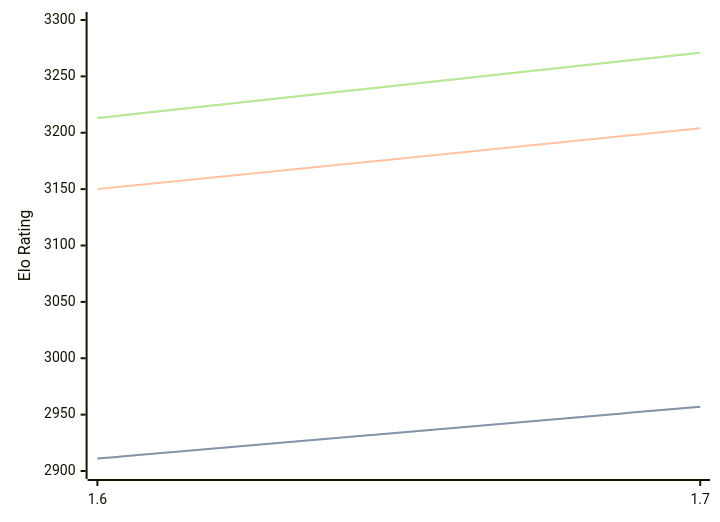
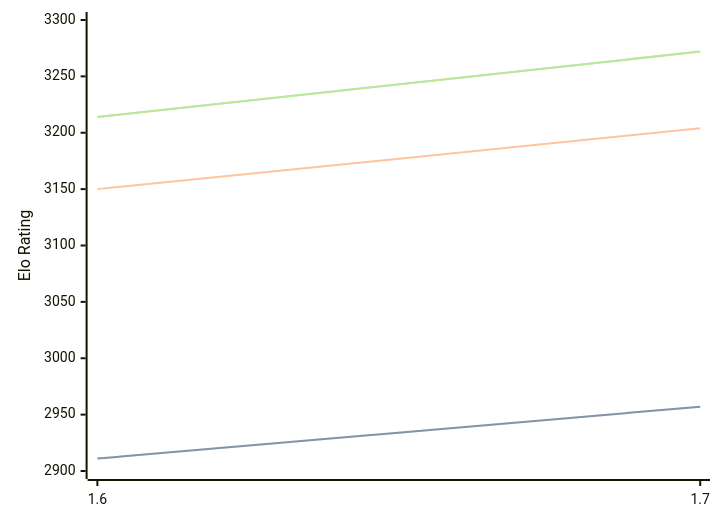
The diagram in engines/Bitbit.md (computer-chess-index/cci), drawn with Mermaid before and after one commit. The commit also changed other lines of this file, not shown here.

Commit message:
Update CCI Ratings (ELO VLTC) - 2026-09-27

````diff
--- a/engines/Bitbit.md
+++ b/engines/Bitbit.md
@@ -32,11 +32,11 @@
 ```mermaid
 %%{init: {"theme":"base","themeVariables":{"seriesColors:['#a3a3a3','#222221','#faa371']}}}%%
 xychart-beta
   x-axis ["1.6", "1.7"]
   y-axis "Elo Rating" 2900 --> 3300
   line "" [2911, 2957]
   line "STC (8.0+0.08s)" [2911, 2957]
   line "LTC (60.0+0.60s)" [3150, 3204]
-  line "" [3213, 3271]
-  line "VLTC (2m24s+1.12s)" [3213, 3271]
+  line "" [3214, 3272]
+  line "VLTC (2m24s+1.12s)" [3214, 3272]
 ```
````
